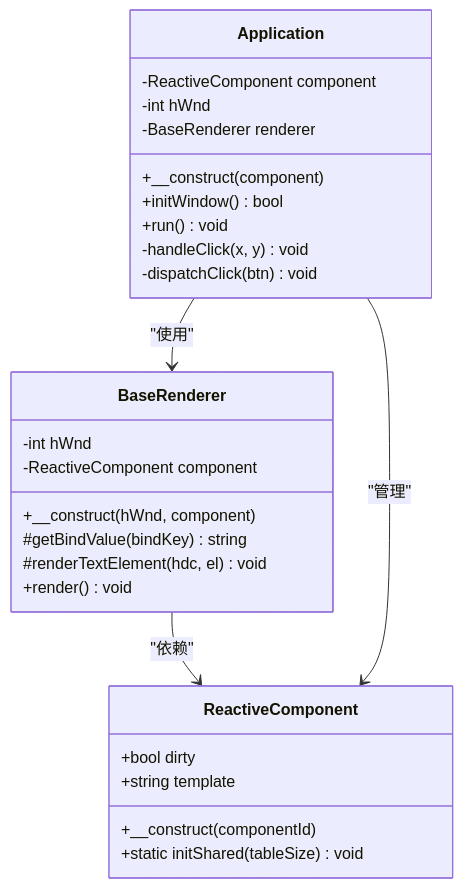
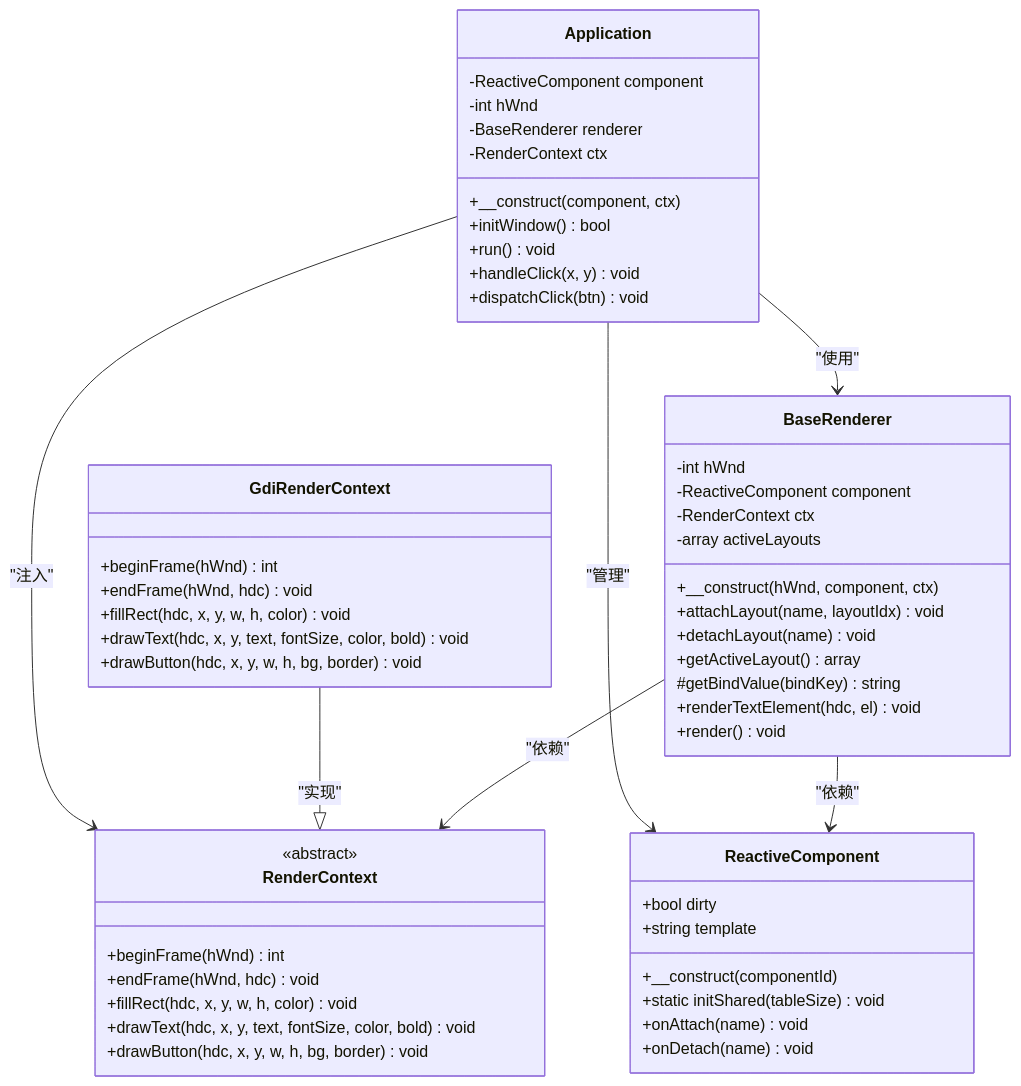
One commit to xingye00186/PHP-Data-UI-Framework-powered-by-swooleAOT changed the second of 11 diagrams in .qoder/repowiki/zh/content/C++渲染层/BaseRenderer基础渲染器.md. Above: the diagram before and after it, drawn with Mermaid. The commit also changed other lines of this file and 10 other files, not shown here.

````diff
--- a/.qoder/repowiki/zh/content/C++渲染层/BaseRenderer基础渲染器.md
+++ b/.qoder/repowiki/zh/content/C++渲染层/BaseRenderer基础渲染器.md
@@ -102,30 +112,56 @@
 ```mermaid
 classDiagram
 class BaseRenderer {
 -int hWnd
 -ReactiveComponent component
-+__construct(hWnd, component)
+-RenderContext ctx
+-array activeLayouts
++__construct(hWnd, component, ctx)
++attachLayout(name, layoutIdx) void
++detachLayout(name) void
++getActiveLayout() array
 #getBindValue(bindKey) string
-#renderTextElement(hdc, el) void
++renderTextElement(hdc, el) void
 +render() void
+}
+class RenderContext {
+<<abstract>>
++beginFrame(hWnd) int
++endFrame(hWnd, hdc) void
++fillRect(hdc, x, y, w, h, color) void
++drawText(hdc, x, y, text, fontSize, color, bold) void
++drawButton(hdc, x, y, w, h, bg, border) void
+}
+class GdiRenderContext {
++beginFrame(hWnd) int
++endFrame(hWnd, hdc) void
++fillRect(hdc, x, y, w, h, color) void
++drawText(hdc, x, y, text, fontSize, color, bold) void
++drawButton(hdc, x, y, w, h, bg, border) void
 }
 class ReactiveComponent {
 +bool dirty
 +string template
 +__construct(componentId)
 +static initShared(tableSize) void
++onAttach(name) void
++onDetach(name) void
 }
 class Application {
 -ReactiveComponent component
 -int hWnd
 -BaseRenderer renderer
-+__construct(component)
+-RenderContext ctx
++__construct(component, ctx)
 +initWindow() bool
 +run() void
--handleClick(x, y) void
--dispatchClick(btn) void
++handleClick(x, y) void
++dispatchClick(btn) void
 }
+BaseRenderer --> RenderContext : "依赖"
 BaseRenderer --> ReactiveComponent : "依赖"
+GdiRenderContext --|> RenderContext : "实现"
 Application --> BaseRenderer : "使用"
+Application --> RenderContext : "注入"
 Application --> ReactiveComponent : "管理"
 ```
````
